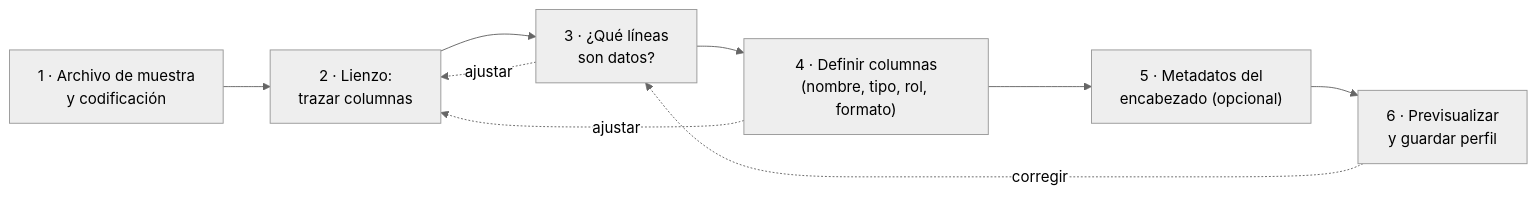
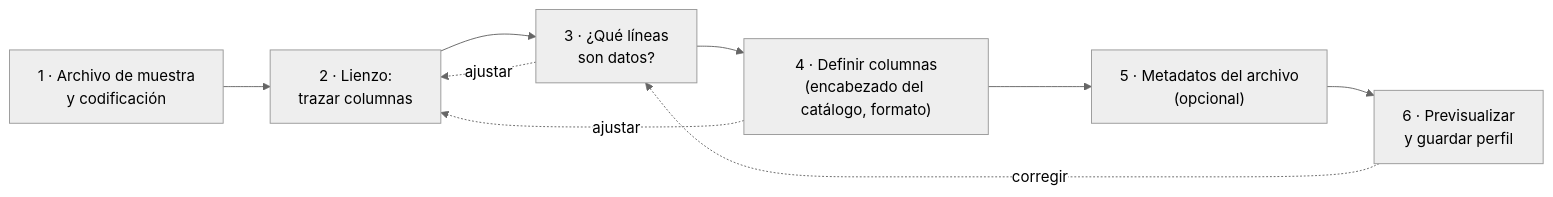
The first of 5 diagrams in docs/11-importacion-ancho-fijo.md (Axel-Esquivel/Asisteglt_v2), drawn with Mermaid (neutral theme) before and after one commit. The commit also changed other lines of this file and 10 other files, not shown here.

````diff
--- a/docs/11-importacion-ancho-fijo.md
+++ b/docs/11-importacion-ancho-fijo.md
@@ -54,11 +61,11 @@
 ```mermaid
 flowchart LR
     p1["1 · Archivo de muestra<br/>y codificación"] --> p2["2 · Lienzo:<br/>trazar columnas"]
     p2 --> p3["3 · ¿Qué líneas<br/>son datos?"]
-    p3 --> p4["4 · Definir columnas<br/>(nombre, tipo, rol, formato)"]
-    p4 --> p5["5 · Metadatos del<br/>encabezado (opcional)"]
+    p3 --> p4["4 · Definir columnas<br/>(encabezado del catálogo, formato)"]
+    p4 --> p5["5 · Metadatos del archivo<br/>(opcional)"]
     p5 --> p6["6 · Previsualizar<br/>y guardar perfil"]
     p3 -. ajustar .-> p2
     p4 -. ajustar .-> p2
     p6 -. corregir .-> p3
 ```
````
